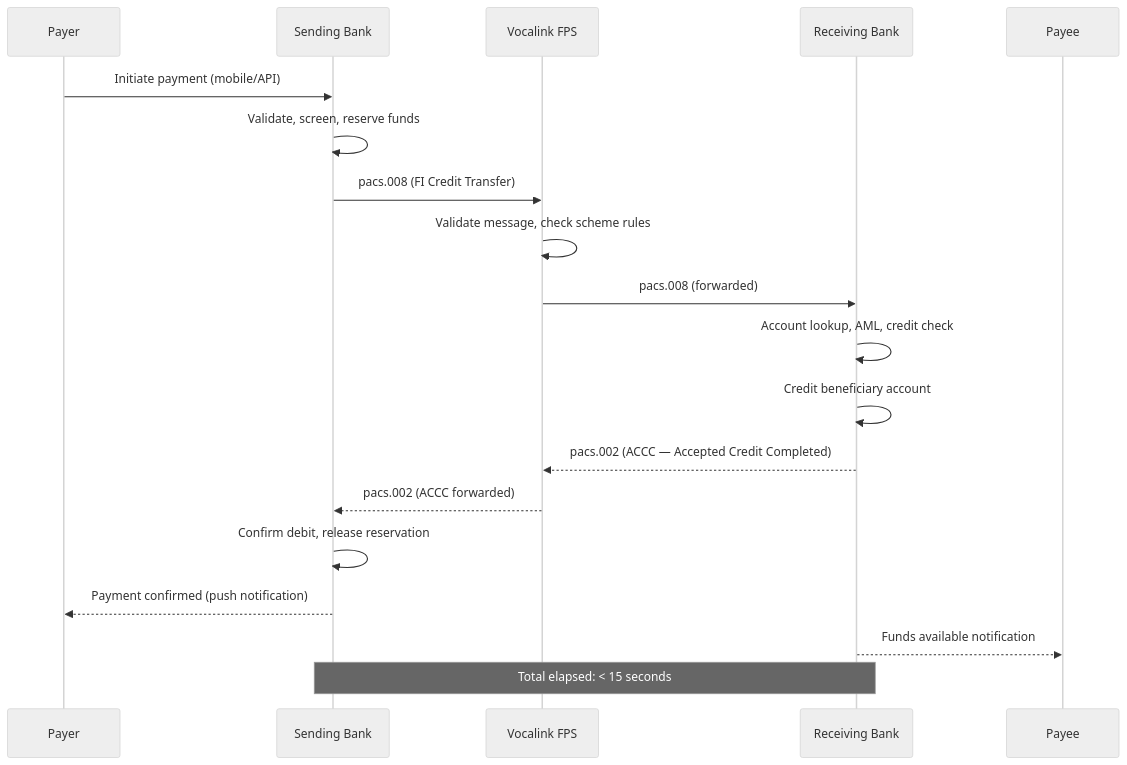
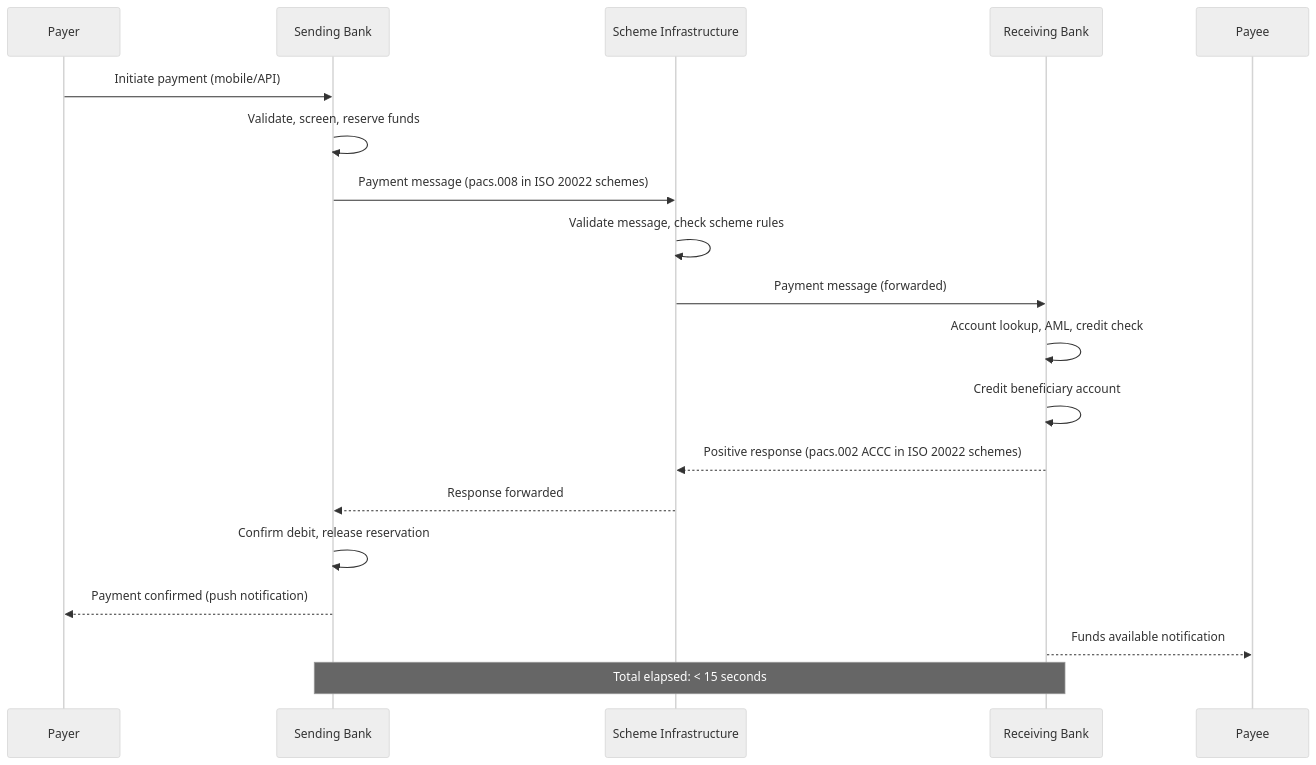
One commit to mostafasroor1983/fintech-engineering-mastery changed the third of 3 diagrams in docs/content/tracks/track-04-banking-systems/lesson-08-real-time-payments/index.md. Above: the diagram before and after it, drawn with Mermaid (neutral theme). The commit also changed other lines of this file and 345 other files, not shown here.

````diff
--- a/docs/content/tracks/track-04-banking-systems/lesson-08-real-time-payments/index.md
+++ b/docs/content/tracks/track-04-banking-systems/lesson-08-real-time-payments/index.md
@@ -263,22 +270,22 @@
 ```mermaid
 sequenceDiagram
     participant Payer
     participant SendBank as Sending Bank
-    participant FPS as Vocalink FPS
+    participant FPS as Scheme Infrastructure
     participant RecvBank as Receiving Bank
     participant Payee
 
     Payer->>SendBank: Initiate payment (mobile/API)
     SendBank->>SendBank: Validate, screen, reserve funds
-    SendBank->>FPS: pacs.008 (FI Credit Transfer)
+    SendBank->>FPS: Payment message (pacs.008 in ISO 20022 schemes)
     FPS->>FPS: Validate message, check scheme rules
-    FPS->>RecvBank: pacs.008 (forwarded)
+    FPS->>RecvBank: Payment message (forwarded)
     RecvBank->>RecvBank: Account lookup, AML, credit check
     RecvBank->>RecvBank: Credit beneficiary account
-    RecvBank-->>FPS: pacs.002 (ACCC — Accepted Credit Completed)
-    FPS-->>SendBank: pacs.002 (ACCC forwarded)
+    RecvBank-->>FPS: Positive response (pacs.002 ACCC in ISO 20022 schemes)
+    FPS-->>SendBank: Response forwarded
     SendBank->>SendBank: Confirm debit, release reservation
     SendBank-->>Payer: Payment confirmed (push notification)
     RecvBank-->>Payee: Funds available notification
     Note over SendBank,RecvBank: Total elapsed: < 15 seconds
 ```
````
